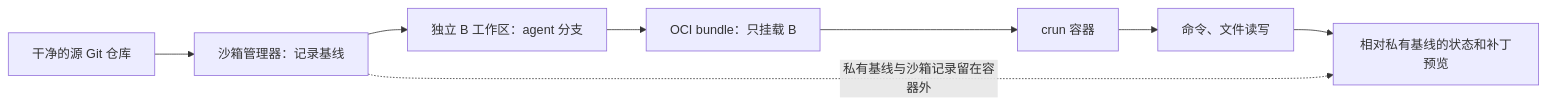
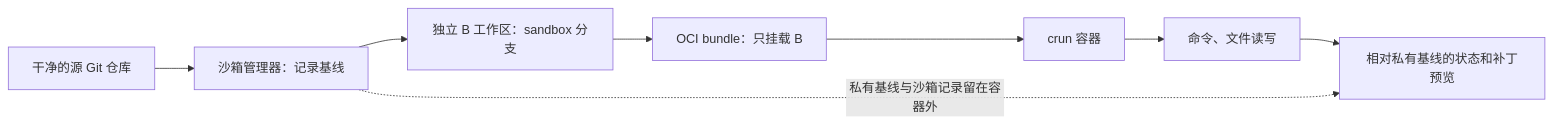
One commit to miceVenus/sandbox changed the diagram in README.md. Above: the diagram before and after it, drawn with Mermaid. The commit also changed other lines of this file and 121 other files, not shown here.

````diff
--- a/README.md
+++ b/README.md
@@ -20,10 +22,10 @@
 ```mermaid
 flowchart LR
     A["干净的源 Git 仓库"] --> M["沙箱管理器：记录基线"]
-    M --> B["独立 B 工作区：agent 分支"]
+    M --> B["独立 B 工作区：sandbox 分支"]
     B --> C["OCI bundle：只挂载 B"]
     C --> R["crun 容器"]
     R --> X["命令、文件读写"]
     X --> P["相对私有基线的状态和补丁预览"]
     M -. "私有基线与沙箱记录留在容器外" .-> P
 ```
````
